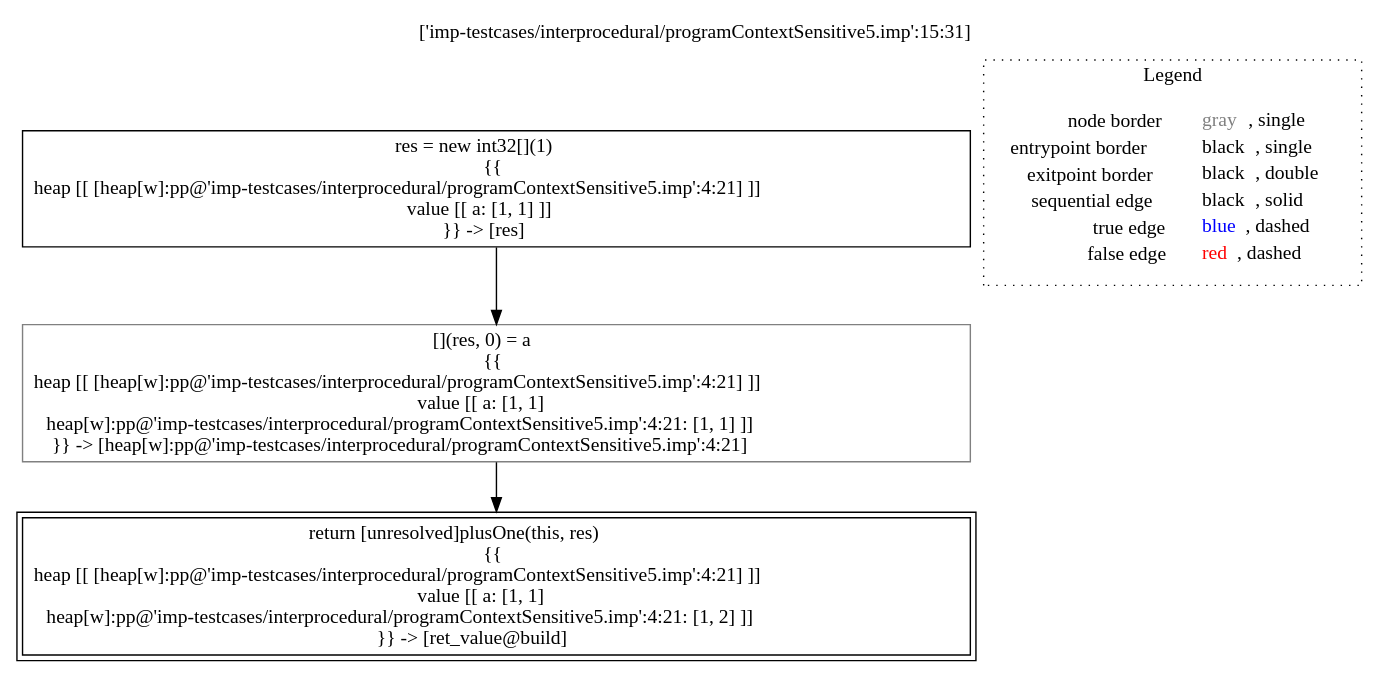
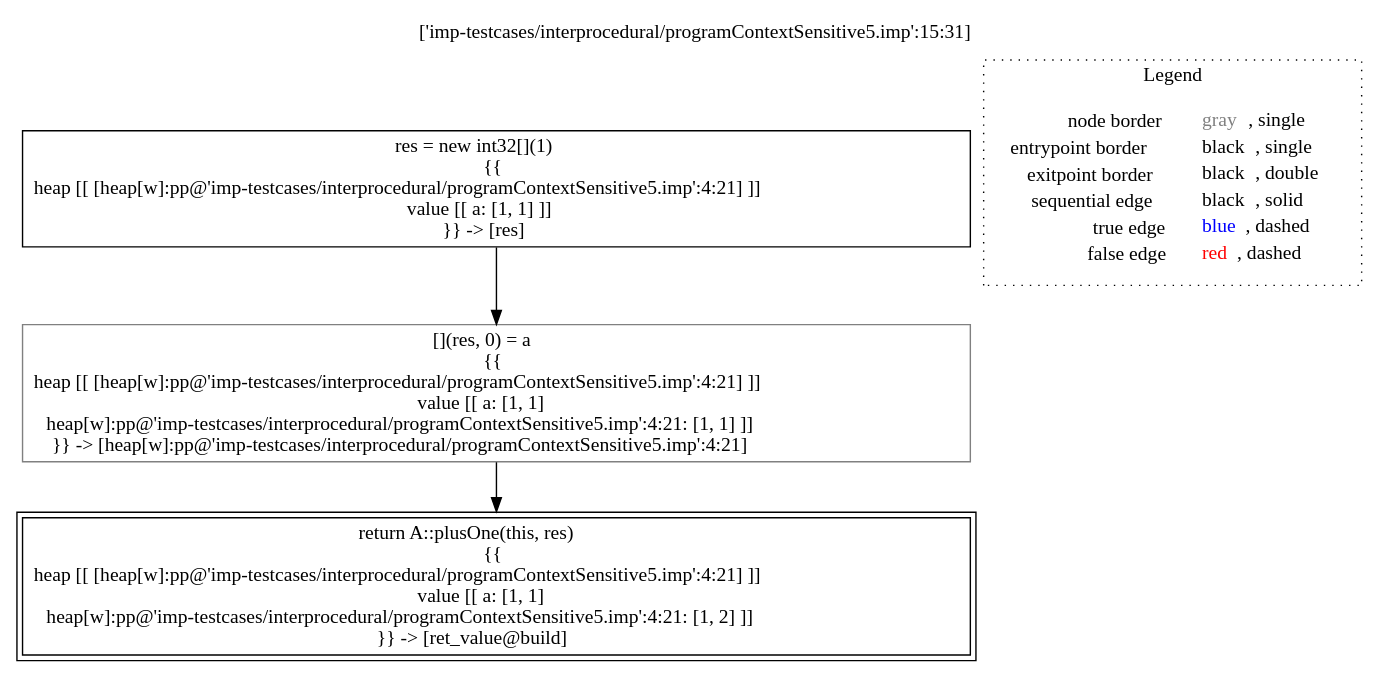
One commit to lisa-analyzer/lisa changed the diagram in lisa/lisa-core/imp-testcases/interprocedural/RTAContextSensitive6/analysis___1957107173_untyped_A.build(A_this,_untyped_a).dot. Above: the diagram before and after it, drawn with Graphviz. The commit also changed 42 other files, not shown here.

```diff
--- a/lisa/lisa-core/imp-testcases/interprocedural/RTAContextSensitive6/analysis___1957107173_untyped_A.build(A_this,_untyped_a).dot
+++ b/lisa/lisa-core/imp-testcases/interprocedural/RTAContextSensitive6/analysis___1957107173_untyped_A.build(A_this,_untyped_a).dot
@@ -1,16 +1,16 @@
 digraph {
 	labelloc="t";
 	label="['imp-testcases/interprocedural/programContextSensitive5.imp':15:31]";
 	"node0" [shape="rect",color="black",label=<res = new int32[](1)<BR/>{{<BR/>heap [[ [heap[w]:pp@'imp-testcases/interprocedural/programContextSensitive5.imp':4:21] ]]<BR/>value [[ a: [1, 1] ]]<BR/>}} -&gt; [res]>];
 	"node1" [shape="rect",color="gray",label=<[](res, 0) = a<BR/>{{<BR/>heap [[ [heap[w]:pp@'imp-testcases/interprocedural/programContextSensitive5.imp':4:21] ]]<BR/>value [[ a: [1, 1]<BR/>heap[w]:pp@'imp-testcases/interprocedural/programContextSensitive5.imp':4:21: [1, 1] ]]<BR/>}} -&gt; [heap[w]:pp@'imp-testcases/interprocedural/programContextSensitive5.imp':4:21]>];
-	"node2" [shape="rect",color="black",peripheries="2",label=<return [unresolved]plusOne(this, res)<BR/>{{<BR/>heap [[ [heap[w]:pp@'imp-testcases/interprocedural/programContextSensitive5.imp':4:21] ]]<BR/>value [[ a: [1, 1]<BR/>heap[w]:pp@'imp-testcases/interprocedural/programContextSensitive5.imp':4:21: [1, 2] ]]<BR/>}} -&gt; [ret_value@build]>];
+	"node2" [shape="rect",color="black",peripheries="2",label=<return A::plusOne(this, res)<BR/>{{<BR/>heap [[ [heap[w]:pp@'imp-testcases/interprocedural/programContextSensitive5.imp':4:21] ]]<BR/>value [[ a: [1, 1]<BR/>heap[w]:pp@'imp-testcases/interprocedural/programContextSensitive5.imp':4:21: [1, 2] ]]<BR/>}} -&gt; [ret_value@build]>];
 	"node1" -> "node2" [color="black"];
 	"node0" -> "node1" [color="black"];
 subgraph cluster_legend {
 	label="Legend";
 	style=dotted;
 	node [shape=plaintext];
 	"legend" [label=<<table border="0" cellpadding="2" cellspacing="0" cellborder="0"><tr><td align="right">node border&nbsp;</td><td align="left"><font color="gray">gray</font>, single</td></tr><tr><td align="right">entrypoint border&nbsp;</td><td align="left"><font color="black">black</font>, single</td></tr><tr><td align="right">exitpoint border&nbsp;</td><td align="left"><font color="black">black</font>, double</td></tr><tr><td align="right">sequential edge&nbsp;</td><td align="left"><font color="black">black</font>, solid</td></tr><tr><td align="right">true edge&nbsp;</td><td align="left"><font color="blue">blue</font>, dashed</td></tr><tr><td align="right">false edge&nbsp;</td><td align="left"><font color="red">red</font>, dashed</td></tr></table>>];
 }
 
 }
```
